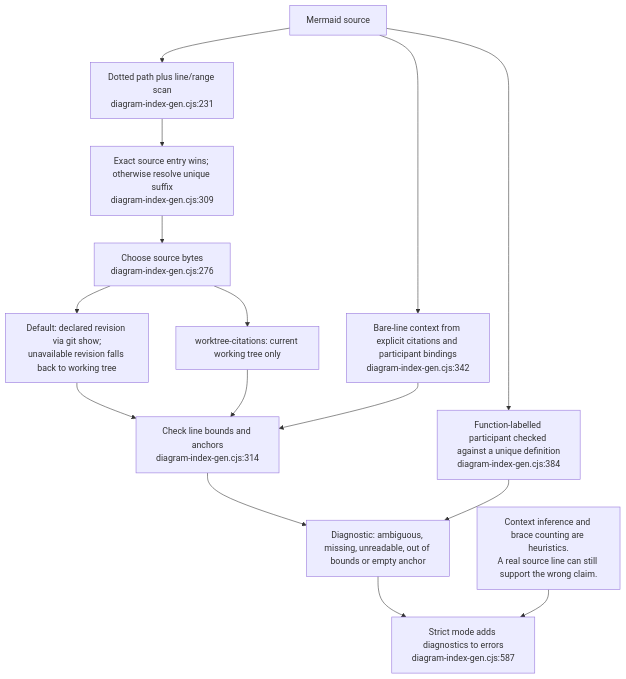
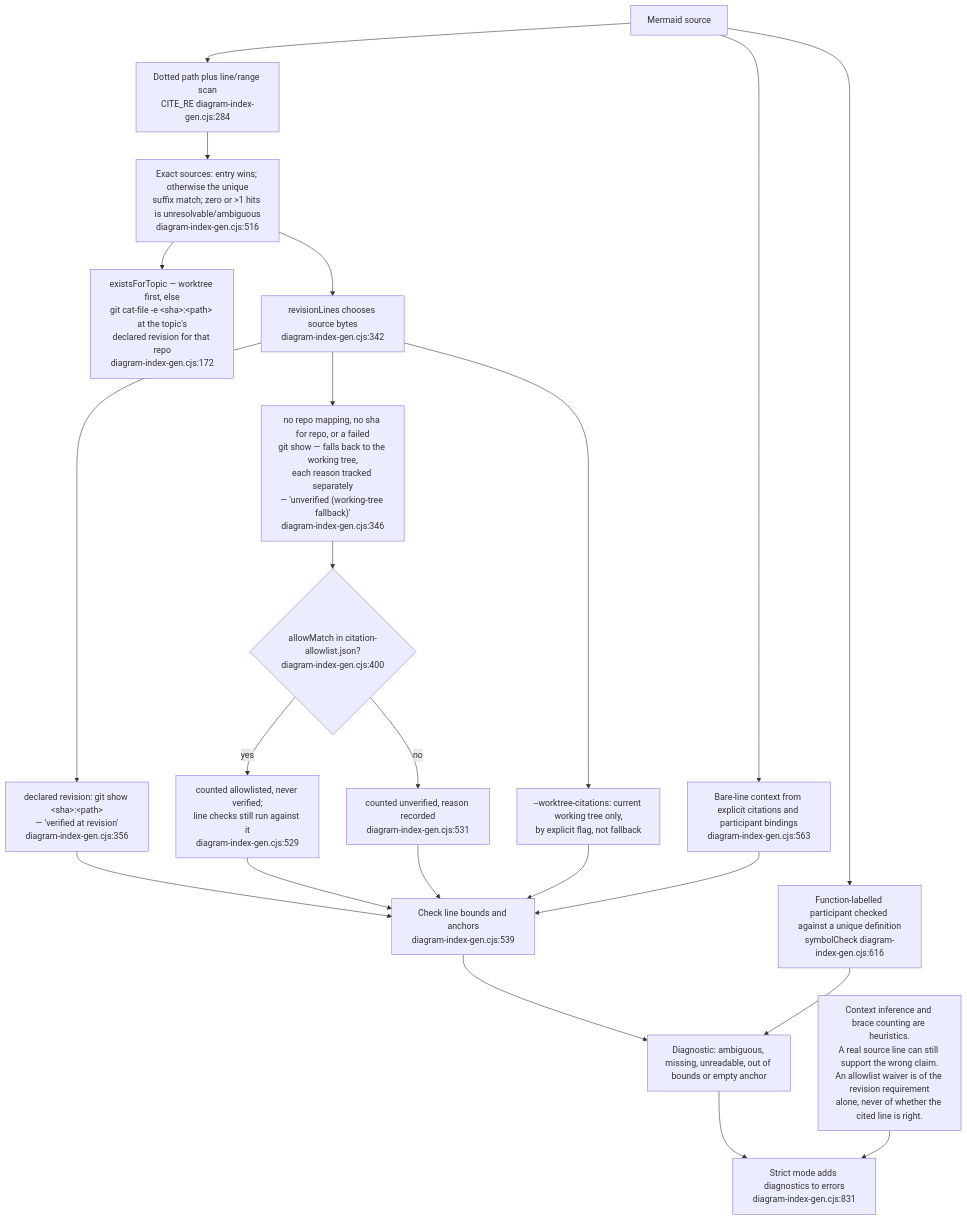
One commit to DreamLab-AI/VisionFlow changed the tenth of 14 diagrams in docs/diagrams/visionflow/06-diagram-tooling.md. Above: the diagram before and after it, drawn with Mermaid. The commit also changed other lines of this file and 136 other files, not shown here.

First line of the commit message:
docs(diagrams): refresh the whole corpus to code HEAD and prune low-value diagrams

````diff
--- a/docs/diagrams/visionflow/06-diagram-tooling.md
+++ b/docs/diagrams/visionflow/06-diagram-tooling.md
@@ -320,17 +329,24 @@
 ```mermaid
 flowchart TB
-    A["Mermaid source"] --> SCAN["Dotted path plus line/range scan<br/>diagram-index-gen.cjs:231"]
-    SCAN --> MATCH["Exact source entry wins; otherwise resolve unique suffix<br/>diagram-index-gen.cjs:309"]
-    MATCH --> MODE["Choose source bytes<br/>diagram-index-gen.cjs:276"]
-    MODE --> PIN["Default: declared revision via git show;<br/>unavailable revision falls back to working tree"]
-    MODE --> WT["worktree-citations: current working tree only"]
-    PIN --> READ["Check line bounds and anchors<br/>diagram-index-gen.cjs:314"]
-    WT --> READ
-    A --> BARE["Bare-line context from explicit citations and participant bindings<br/>diagram-index-gen.cjs:342"]
+    A["Mermaid source"] --> SCAN["Dotted path plus line/range scan<br/>CITE_RE diagram-index-gen.cjs:284"]
+    SCAN --> MATCH["Exact sources: entry wins; otherwise the unique<br/>suffix match; zero or >1 hits is unresolvable/ambiguous<br/>diagram-index-gen.cjs:516"]
+    MATCH --> EXIST["existsForTopic — worktree first, else<br/>git cat-file -e &lt;sha&gt;:&lt;path&gt; at the topic's<br/>declared revision for that repo<br/>diagram-index-gen.cjs:172"]
+    MATCH --> MODE["revisionLines chooses source bytes<br/>diagram-index-gen.cjs:342"]
+    MODE --> PIN["declared revision: git show &lt;sha&gt;:&lt;path&gt;<br/>— 'verified at revision'<br/>diagram-index-gen.cjs:356"]
+    MODE --> WT["no repo mapping, no sha for repo, or a failed<br/>git show — falls back to the working tree,<br/>each reason tracked separately<br/>— 'unverified (working-tree fallback)'<br/>diagram-index-gen.cjs:346"]
+    MODE --> WTFLAG["--worktree-citations: current working tree only,<br/>by explicit flag, not fallback"]
+    PIN --> READ["Check line bounds and anchors<br/>diagram-index-gen.cjs:539"]
+    WT --> WAIVE{"allowMatch in citation-allowlist.json?<br/>diagram-index-gen.cjs:400"}
+    WAIVE -->|yes| ALLOWED["counted allowlisted, never verified;<br/>line checks still run against it<br/>diagram-index-gen.cjs:529"]
+    WAIVE -->|no| UNVER["counted unverified, reason recorded<br/>diagram-index-gen.cjs:531"]
+    ALLOWED --> READ
+    UNVER --> READ
+    WTFLAG --> READ
+    A --> BARE["Bare-line context from explicit citations and participant bindings<br/>diagram-index-gen.cjs:563"]
     BARE --> READ
-    A --> SYMBOL["Function-labelled participant checked against a unique definition<br/>diagram-index-gen.cjs:384"]
+    A --> SYMBOL["Function-labelled participant checked against a unique definition<br/>symbolCheck diagram-index-gen.cjs:616"]
     READ --> DIAG["Diagnostic: ambiguous, missing, unreadable, out of bounds or empty anchor"]
     SYMBOL --> DIAG
-    DIAG --> EXIT["Strict mode adds diagnostics to errors<br/>diagram-index-gen.cjs:587"]
-    LIMIT["Context inference and brace counting are heuristics.<br/>A real source line can still support the wrong claim."] --> EXIT
+    DIAG --> EXIT["Strict mode adds diagnostics to errors<br/>diagram-index-gen.cjs:831"]
+    LIMIT["Context inference and brace counting are heuristics.<br/>A real source line can still support the wrong claim.<br/>An allowlist waiver is of the revision requirement<br/>alone, never of whether the cited line is right."] --> EXIT
 ```
````
